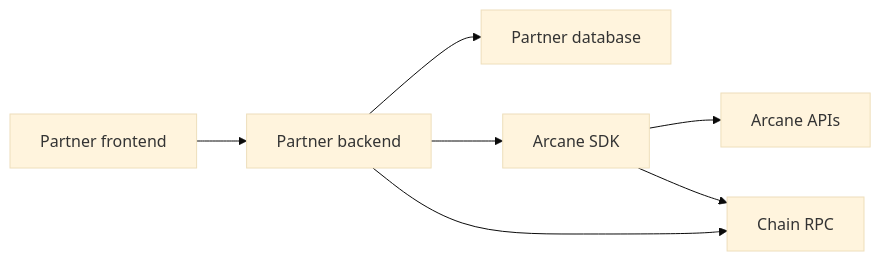
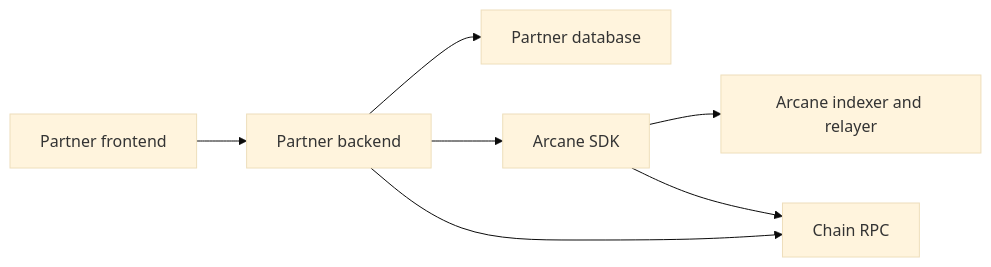
The diagram in sdks/backend-managed-wallets.mdx (Polynom-Labs/docs), drawn with Mermaid (base theme) before and after one commit. The commit also changed other lines of this file and 32 other files, not shown here.

````diff
--- a/sdks/backend-managed-wallets.mdx
+++ b/sdks/backend-managed-wallets.mdx
@@ -12,16 +12,16 @@
 ```mermaid
 flowchart LR
   frontend["Partner frontend"]
   backend["Partner backend"]
   db["Partner database"]
   sdk["Arcane SDK"]
-  arcane["Arcane APIs"]
+  arcane["Arcane indexer and relayer"]
   rpc["Chain RPC"]
 
   frontend --> backend
   backend --> db
   backend --> sdk
   sdk --> arcane
   sdk --> rpc
   backend --> rpc
 ```
````
